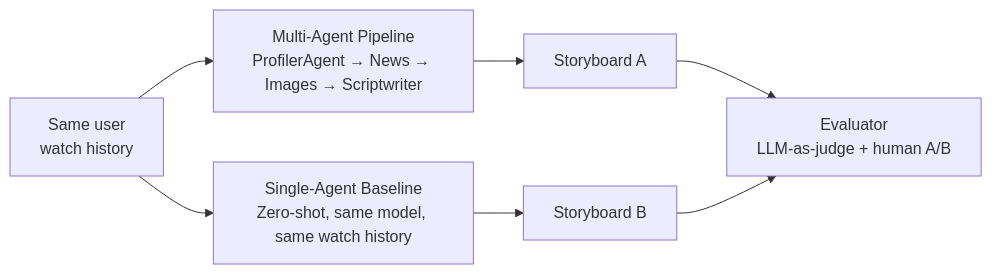
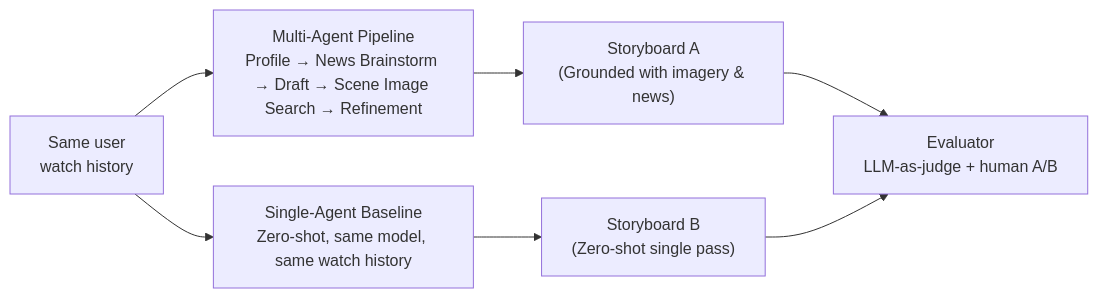
The second of 2 diagrams in docs/project_tracker.md (CharlesDupouy/nlp-multiagent-storyboarding), drawn with Mermaid before and after one commit. The commit also changed other lines of this file and 8 other files, not shown here.

First line of the commit message:
feat: two-pass storyboard drafting & refinement loop with symbolic image refs

````diff
--- a/docs/project_tracker.md
+++ b/docs/project_tracker.md
@@ -63,10 +63,10 @@
 ```mermaid
 flowchart LR
     H["Same user\nwatch history"]
-    H --> MA["Multi-Agent Pipeline\nProfilerAgent → News → Images → Scriptwriter"]
+    H --> MA["Multi-Agent Pipeline\nProfile → News Brainstorm → Draft → Scene Image Search → Refinement"]
     H --> SA["Single-Agent Baseline\nZero-shot, same model, same watch history"]
-    MA --> SB1["Storyboard A"]
-    SA --> SB2["Storyboard B"]
+    MA --> SB1["Storyboard A\n(Grounded with imagery & news)"]
+    SA --> SB2["Storyboard B\n(Zero-shot single pass)"]
     SB1 --> E["Evaluator\nLLM-as-judge + human A/B"]
     SB2 --> E
 ```
````
